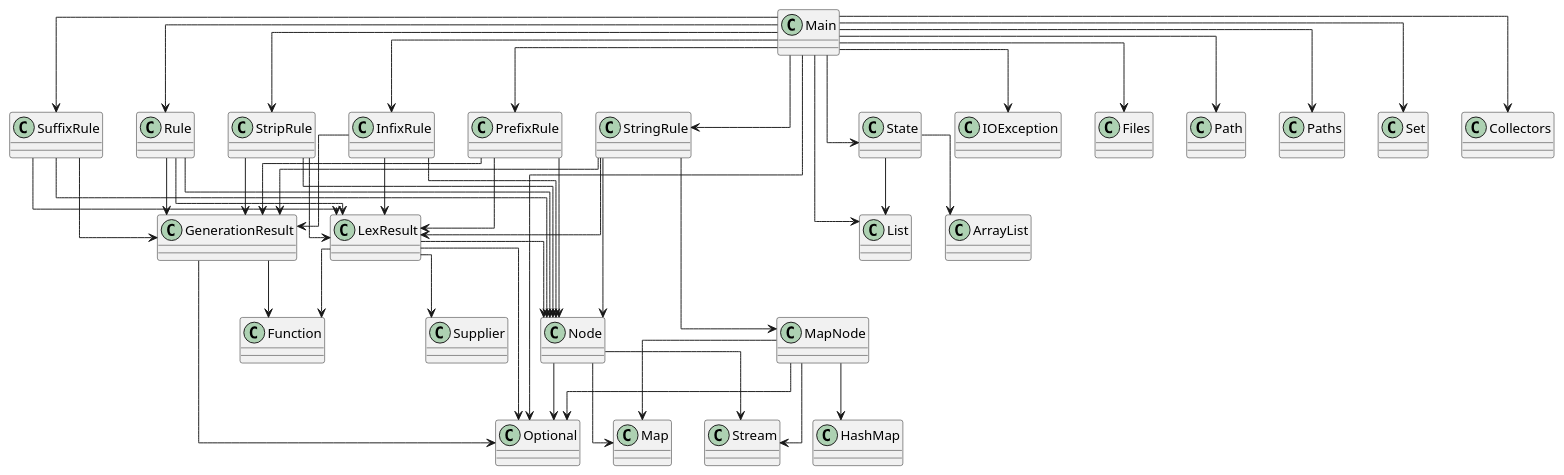
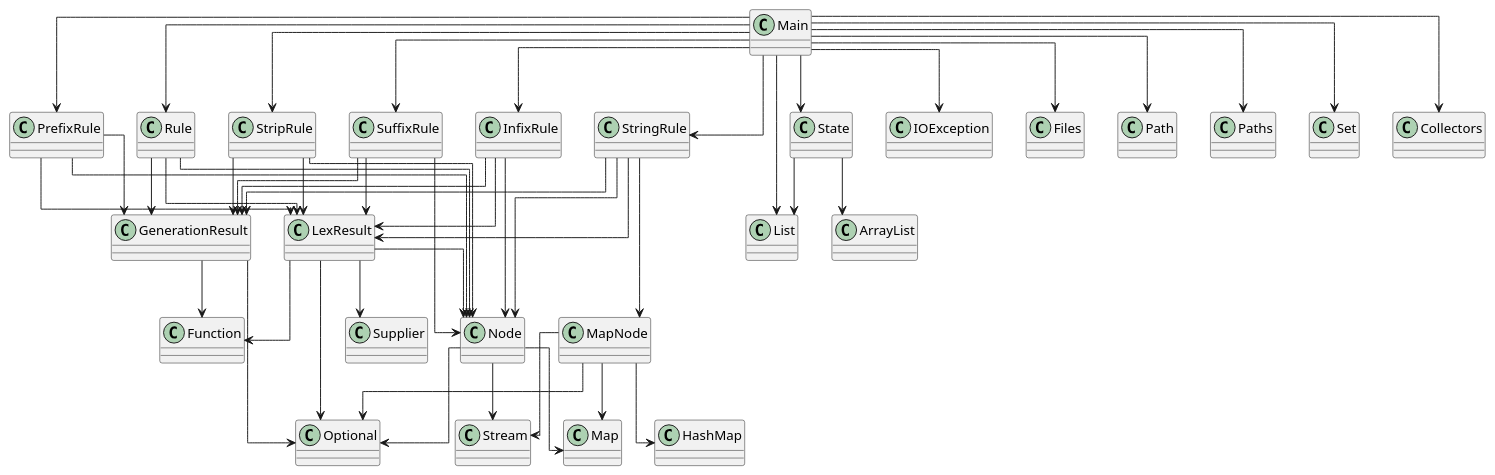
One commit to SirMathhman/Magma changed the diagram in diagram.puml. Above: the diagram before and after it, drawn with PlantUML. The commit also changed 1 other file, not shown here.

```diff
--- a/diagram.puml
+++ b/diagram.puml
@@ -1,64 +1,63 @@
 @startuml
 skinparam linetype ortho
 class SuffixRule
 SuffixRule --> Node
 SuffixRule --> GenerationResult
 SuffixRule --> LexResult
 class Node
 Node --> Map
 Node --> Optional
 Node --> Stream
 class GenerationResult
 GenerationResult --> Optional
 GenerationResult --> Function
 class Rule
 Rule --> Node
 Rule --> GenerationResult
 Rule --> LexResult
 class StripRule
 StripRule --> Node
 StripRule --> GenerationResult
 StripRule --> LexResult
 class LexResult
 LexResult --> Node
 LexResult --> Optional
 LexResult --> Function
 LexResult --> Supplier
 class InfixRule
 InfixRule --> Node
 InfixRule --> GenerationResult
 InfixRule --> LexResult
 class Main
 Main --> State
 Main --> InfixRule
 Main --> PrefixRule
 Main --> Rule
 Main --> StringRule
 Main --> StripRule
 Main --> SuffixRule
 Main --> IOException
 Main --> Files
 Main --> Path
 Main --> Paths
 Main --> List
-Main --> Optional
 Main --> Set
 Main --> Collectors
 class MapNode
 MapNode --> HashMap
 MapNode --> Map
 MapNode --> Optional
 MapNode --> Stream
 class PrefixRule
 PrefixRule --> Node
 PrefixRule --> GenerationResult
 PrefixRule --> LexResult
 class StringRule
 StringRule --> MapNode
 StringRule --> Node
 StringRule --> GenerationResult
 StringRule --> LexResult
 class State
 State --> ArrayList
 State --> List
 @enduml
```
